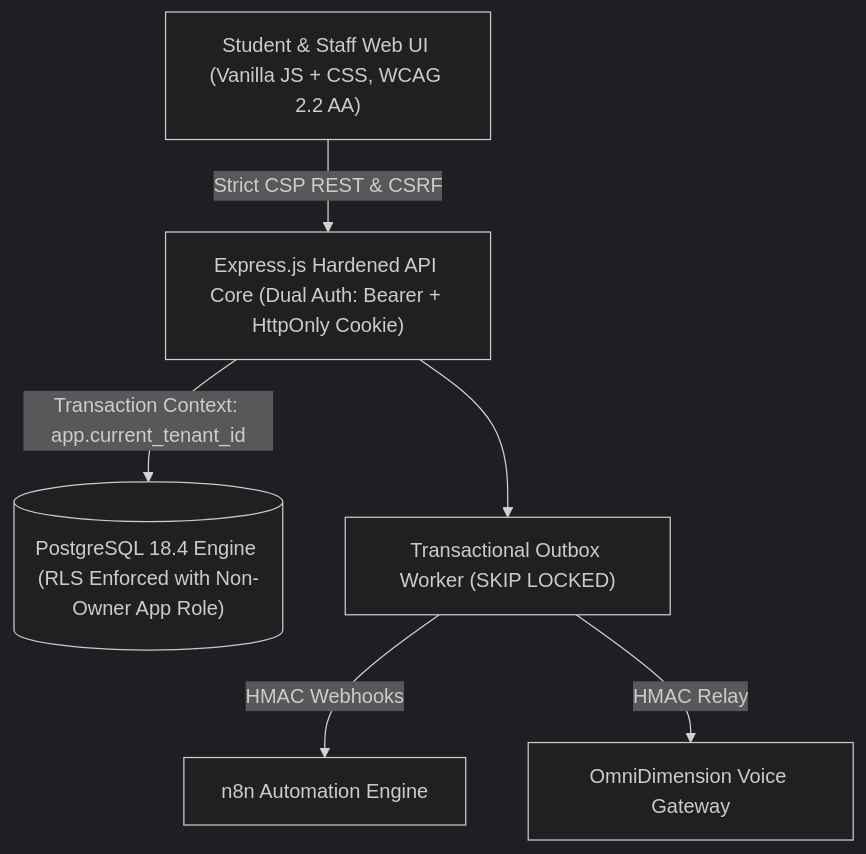
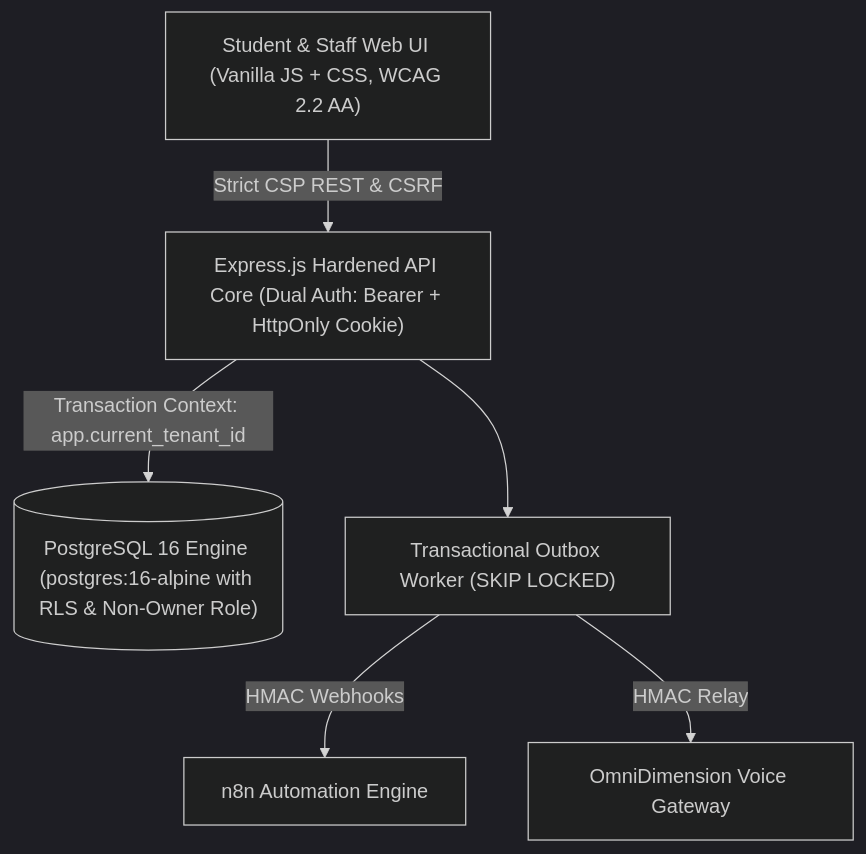
Before and after one commit to JKE-code/Campus-Pilot: the diagram in README.md, drawn with Mermaid (dark theme). The commit also changed other lines of this file and 27 other files, not shown here.

````diff
--- a/README.md
+++ b/README.md
@@ -36,15 +40,15 @@
 ```mermaid
 graph TD
     Client["Student & Staff Web UI (Vanilla JS + CSS, WCAG 2.2 AA)"]
     API["Express.js Hardened API Core (Dual Auth: Bearer + HttpOnly Cookie)"]
-    DB[("PostgreSQL 18.4 Engine (RLS Enforced with Non-Owner App Role)")]
+    DB[("PostgreSQL 16 Engine (postgres:16-alpine with RLS & Non-Owner Role)")]
     Outbox["Transactional Outbox Worker (SKIP LOCKED)"]
     n8n["n8n Automation Engine"]
     Voice["OmniDimension Voice Gateway"]
 
     Client -->|Strict CSP REST & CSRF| API
     API -->|Transaction Context: app.current_tenant_id| DB
     API --> Outbox
     Outbox -->|HMAC Webhooks| n8n
     Outbox -->|HMAC Relay| Voice
 ```
````
